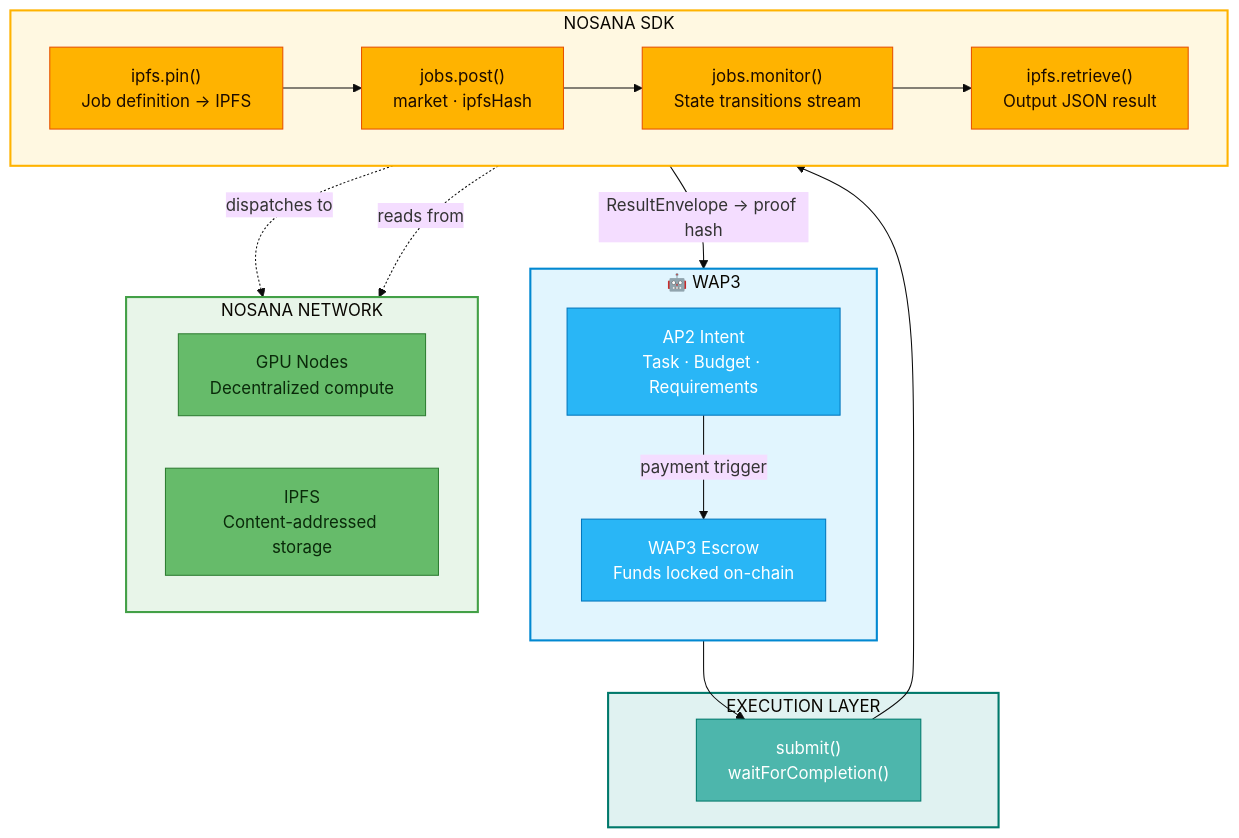
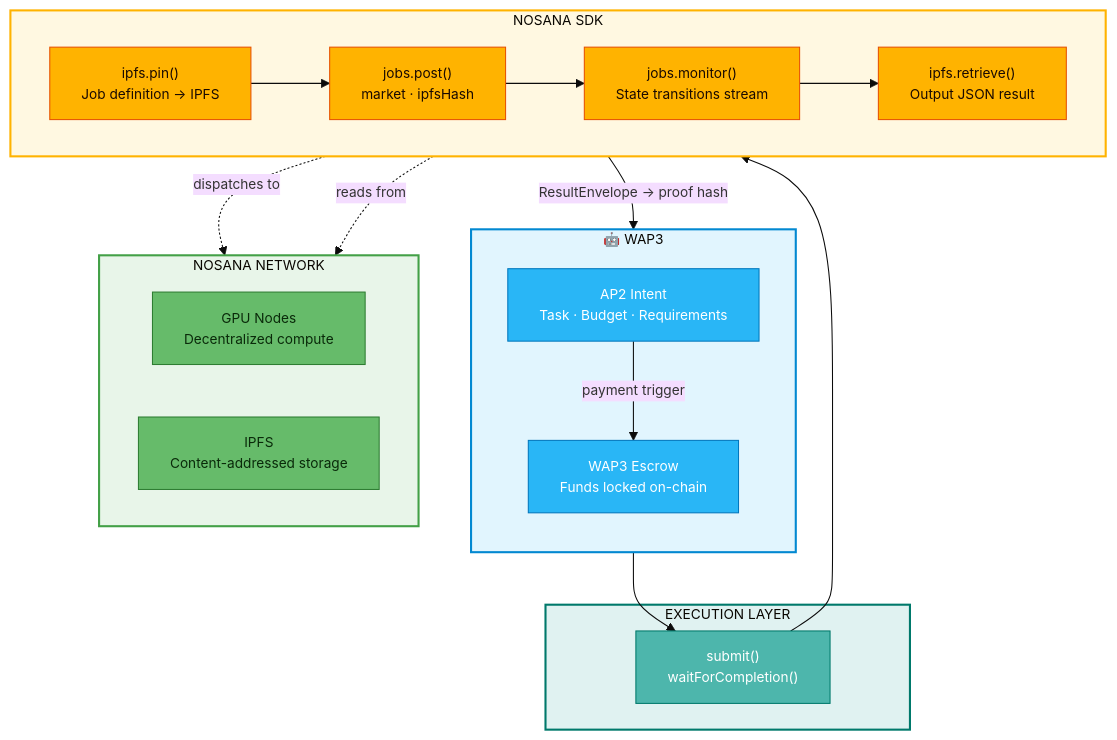
Before and after one commit to nelsonjingusc/wap3-agent-payment-poc: the second of 3 diagrams in docs/NOSANA_INTEGRATION.md, drawn with Mermaid.

Commit message:
update diagram

```diff
--- a/docs/NOSANA_INTEGRATION.md
+++ b/docs/NOSANA_INTEGRATION.md
@@ -78,7 +78,7 @@
 %%{init: {
   "theme": "base",
   "themeVariables": {
-    "fontSize": "16px",
+    "fontSize": "13px",
     "fontFamily": "Inter, system-ui, sans-serif"
   }
 }}%%
```
